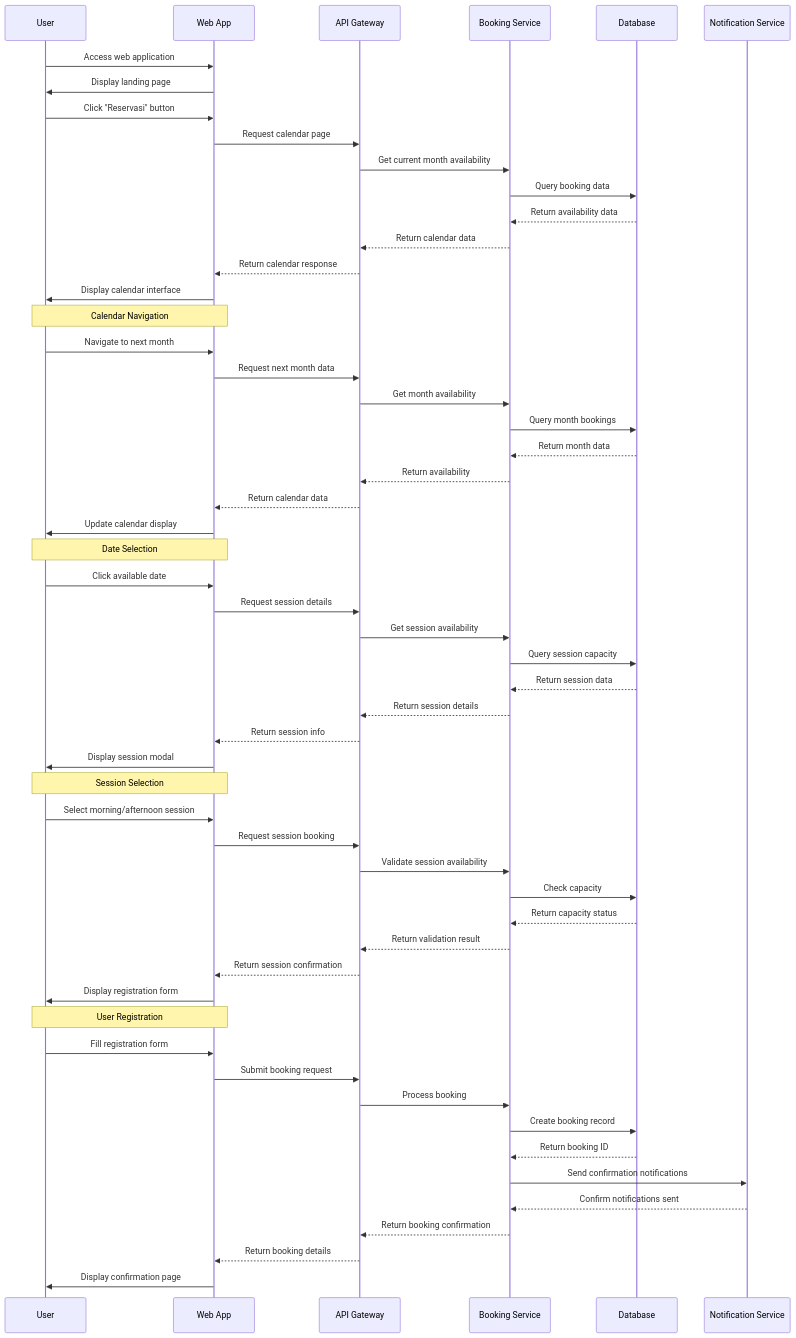
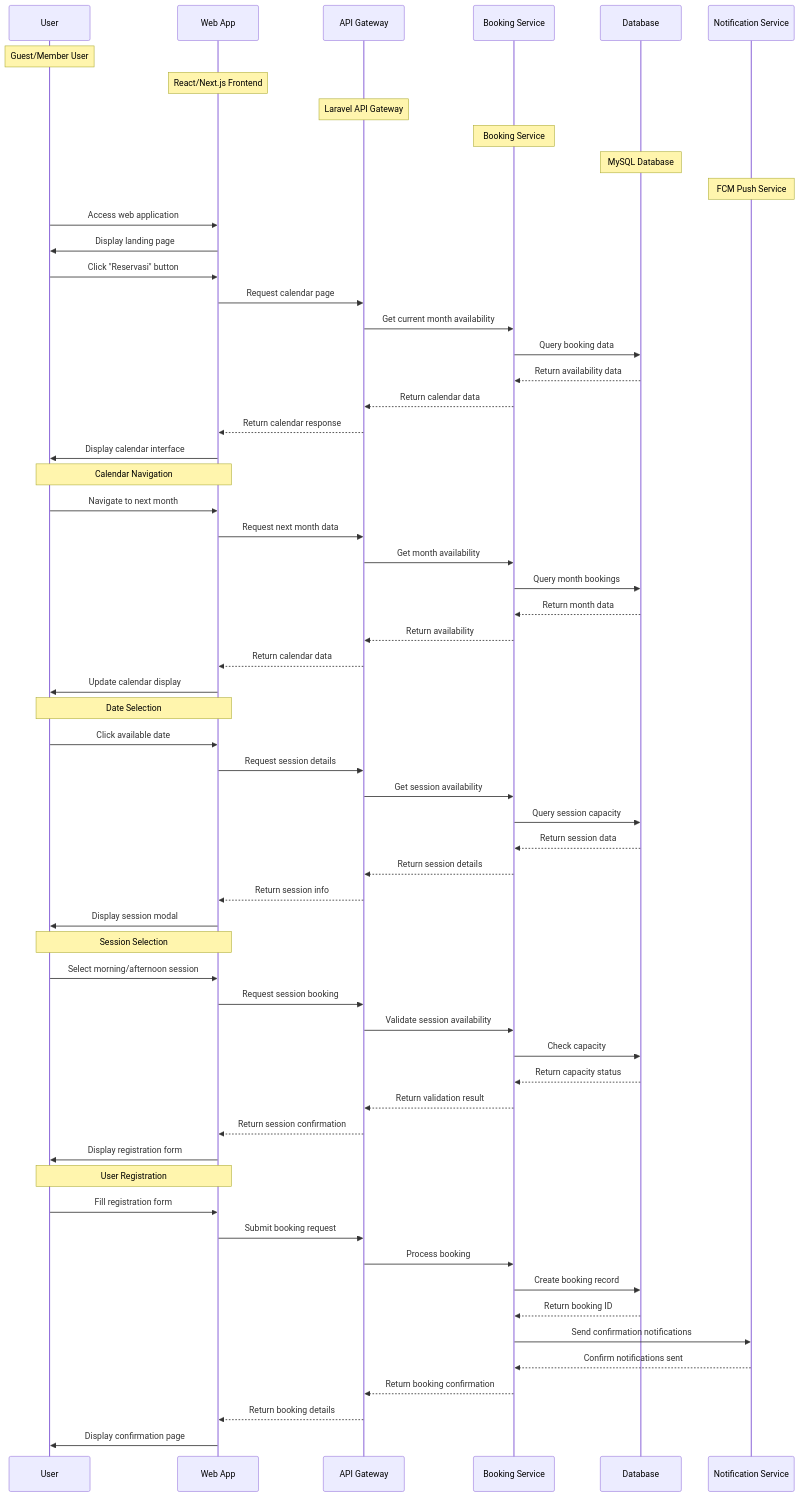
One commit to BlackCoffeee/raujan_pool changed the fifth of 15 diagrams in Planing/06-uml-diagrams.md. Above: the diagram before and after it, drawn with Mermaid. The commit also changed other lines of this file, not shown here.

Commit message:
Update UML diagrams to include class definitions and improve visual representation of actors and use cases in the system.

````diff
--- a/Planing/06-uml-diagrams.md
+++ b/Planing/06-uml-diagrams.md
@@ -425,62 +443,69 @@
 ```mermaid
 sequenceDiagram
     participant U as User
     participant W as Web App
     participant A as API Gateway
     participant B as Booking Service
     participant D as Database
     participant N as Notification Service
+
+    Note over U: Guest/Member User
+    Note over W: React/Next.js Frontend
+    Note over A: Laravel API Gateway
+    Note over B: Booking Service
+    Note over D: MySQL Database
+    Note over N: FCM Push Service
 
     U->>W: Access web application
     W->>U: Display landing page
     U->>W: Click "Reservasi" button
     W->>A: Request calendar page
     A->>B: Get current month availability
     B->>D: Query booking data
     D-->>B: Return availability data
     B-->>A: Return calendar data
     A-->>W: Return calendar response
     W->>U: Display calendar interface
 
     Note over U,W: Calendar Navigation
     U->>W: Navigate to next month
     W->>A: Request next month data
     A->>B: Get month availability
     B->>D: Query month bookings
     D-->>B: Return month data
     B-->>A: Return availability
     A-->>W: Return calendar data
     W->>U: Update calendar display
 
     Note over U,W: Date Selection
     U->>W: Click available date
     W->>A: Request session details
     A->>B: Get session availability
     B->>D: Query session capacity
     D-->>B: Return session data
     B-->>A: Return session details
     A-->>W: Return session info
     W->>U: Display session modal
 
     Note over U,W: Session Selection
     U->>W: Select morning/afternoon session
     W->>A: Request session booking
     A->>B: Validate session availability
     B->>D: Check capacity
     D-->>B: Return capacity status
     B-->>A: Return validation result
     A-->>W: Return session confirmation
     W->>U: Display registration form
 
     Note over U,W: User Registration
     U->>W: Fill registration form
     W->>A: Submit booking request
     A->>B: Process booking
     B->>D: Create booking record
     D-->>B: Return booking ID
     B->>N: Send confirmation notifications
     N-->>B: Confirm notifications sent
     B-->>A: Return booking confirmation
     A-->>W: Return booking details
     W->>U: Display confirmation page
 ```
````
